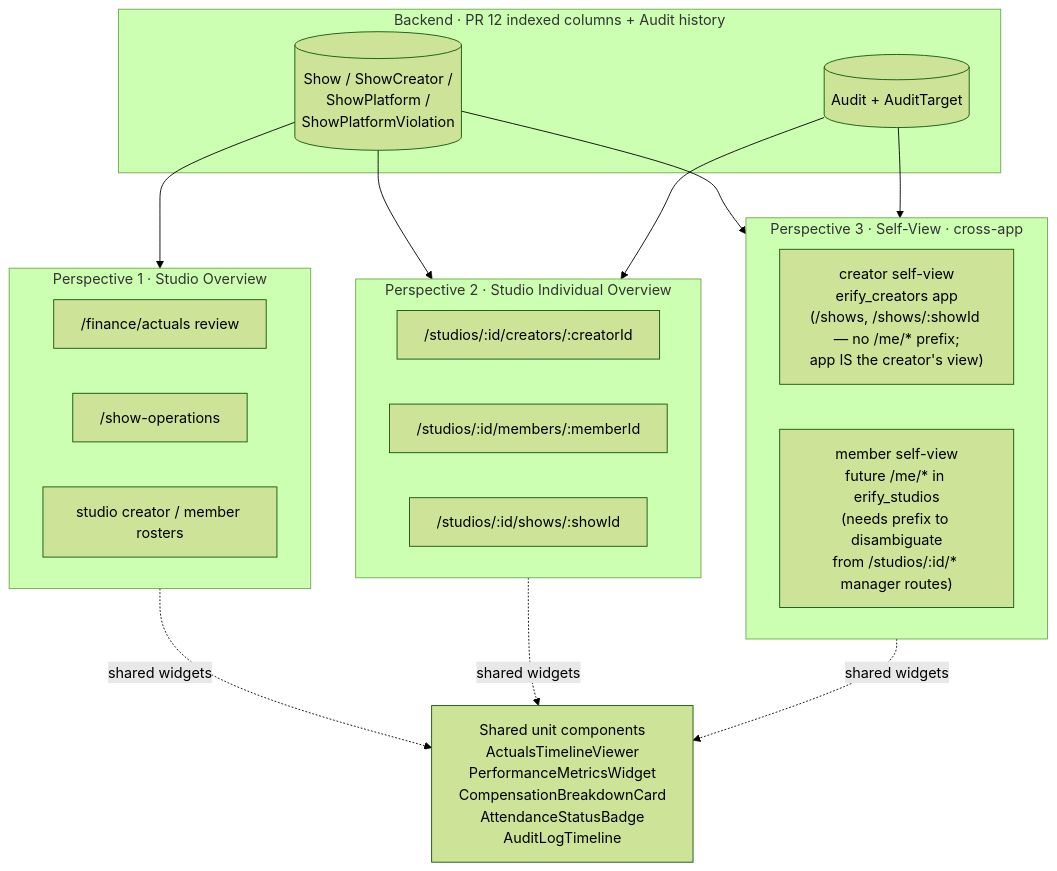
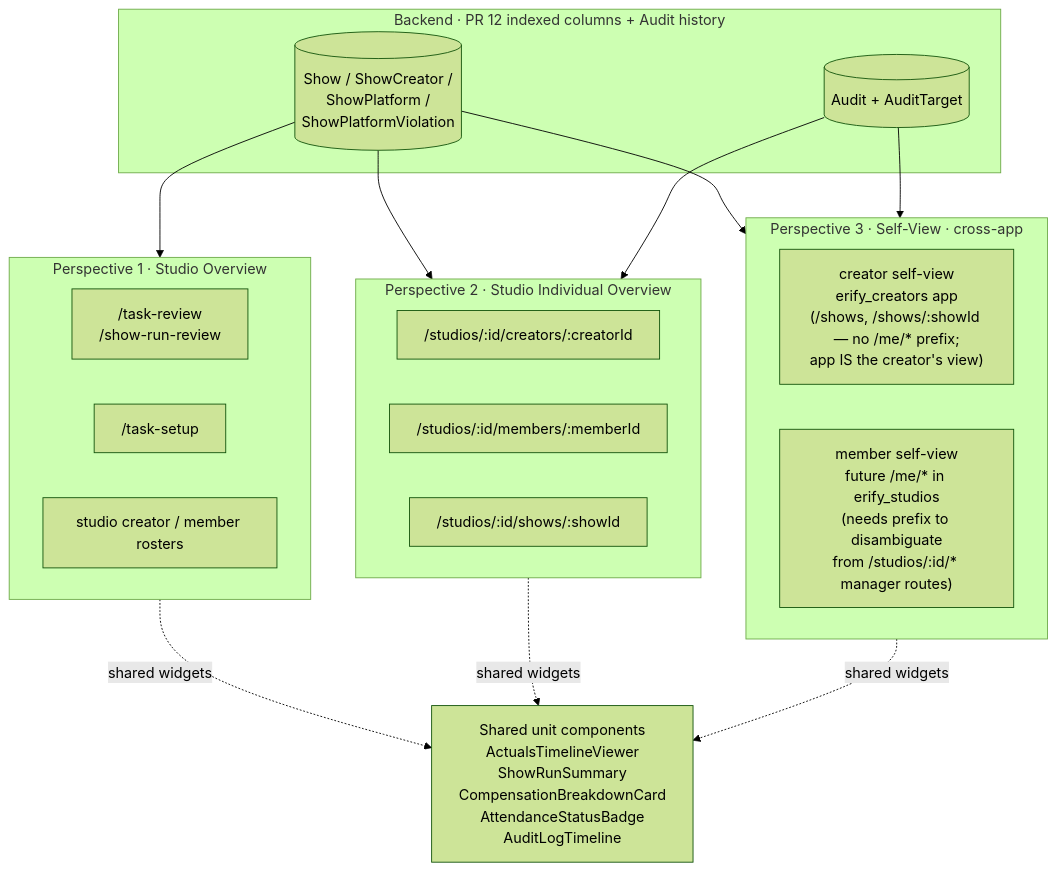
One commit to allenlin90/eridu-services changed the fifth of 5 diagrams in apps/erify_api/docs/design/TASK_INPUT_FACT_BINDING_DESIGN.md. Above: the diagram before and after it, drawn with Mermaid (forest theme). The commit also changed other lines of this file and 44 other files, not shown here.

First line of the commit message:
[codex] Add operations review foundation (#108)

````diff
--- a/apps/erify_api/docs/design/TASK_INPUT_FACT_BINDING_DESIGN.md
+++ b/apps/erify_api/docs/design/TASK_INPUT_FACT_BINDING_DESIGN.md
@@ -418,36 +419,36 @@
 ```mermaid
 flowchart TB
     subgraph BE[Backend · PR 12 indexed columns + Audit history]
         IDX[(Show / ShowCreator /<br/>ShowPlatform /<br/>ShowPlatformViolation)]
         AUDIT[(Audit + AuditTarget)]
     end
 
     subgraph P1[Perspective 1 · Studio Overview]
-        SO1["/finance/actuals review"]
-        SO2["/show-operations"]
+        SO1["/task-review<br/>/show-run-review"]
+        SO2["/task-setup"]
         SO3["studio creator / member rosters"]
     end
 
     subgraph P2[Perspective 2 · Studio Individual Overview]
         SI1["/studios/:id/creators/:creatorId"]
         SI2["/studios/:id/members/:memberId"]
         SI3["/studios/:id/shows/:showId"]
     end
 
     subgraph P3[Perspective 3 · Self-View · cross-app]
         ME1["creator self-view<br/>erify_creators app<br/>(/shows, /shows/:showId — no /me/* prefix;<br/>app IS the creator's view)"]
         ME2["member self-view<br/>future /me/* in erify_studios<br/>(needs prefix to disambiguate<br/>from /studios/:id/* manager routes)"]
     end
 
     IDX --> P1
     IDX --> P2
     IDX --> P3
     AUDIT --> P2
     AUDIT --> P3
 
     P1 -. shared widgets .-> W
     P2 -. shared widgets .-> W
     P3 -. shared widgets .-> W
 
-    W["Shared unit components<br/>ActualsTimelineViewer<br/>PerformanceMetricsWidget<br/>CompensationBreakdownCard<br/>AttendanceStatusBadge<br/>AuditLogTimeline"]
+    W["Shared unit components<br/>ActualsTimelineViewer<br/>ShowRunSummary<br/>CompensationBreakdownCard<br/>AttendanceStatusBadge<br/>AuditLogTimeline"]
 ```
````
